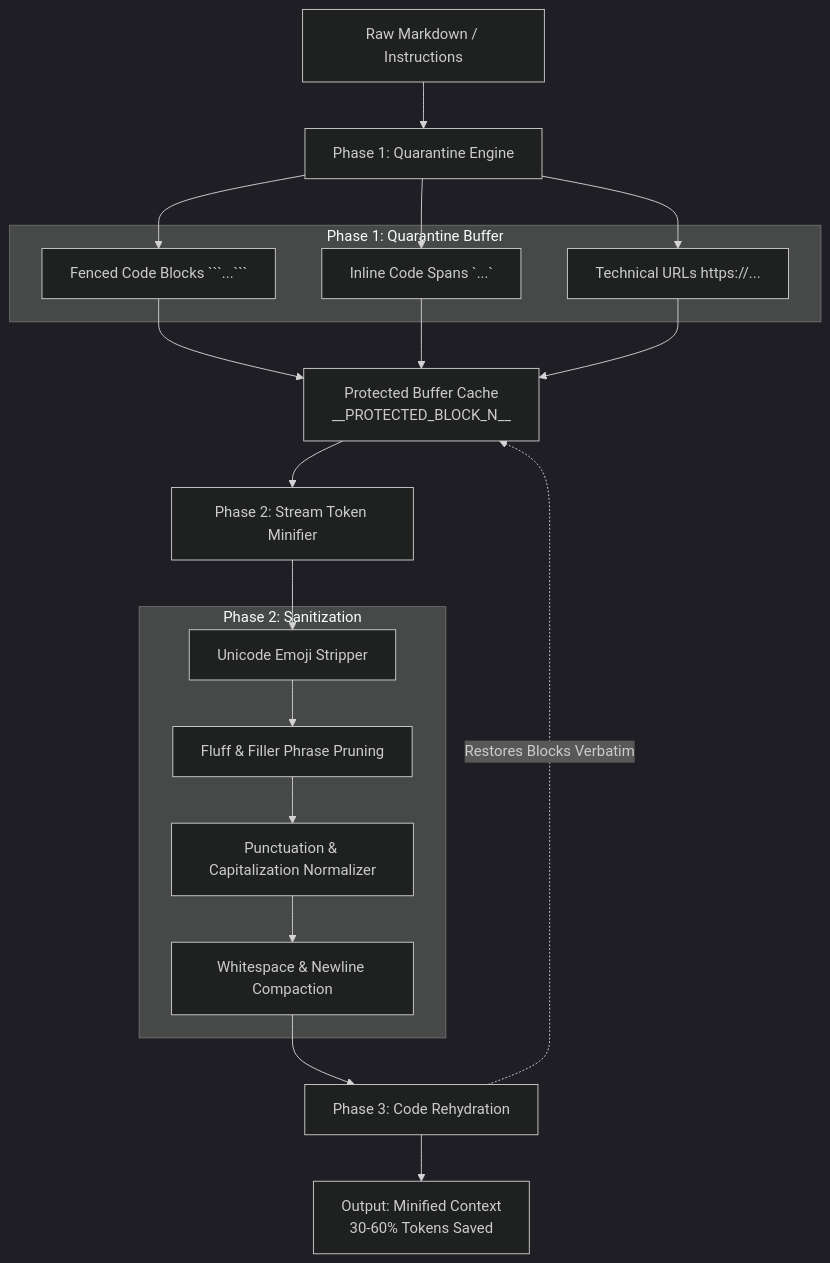
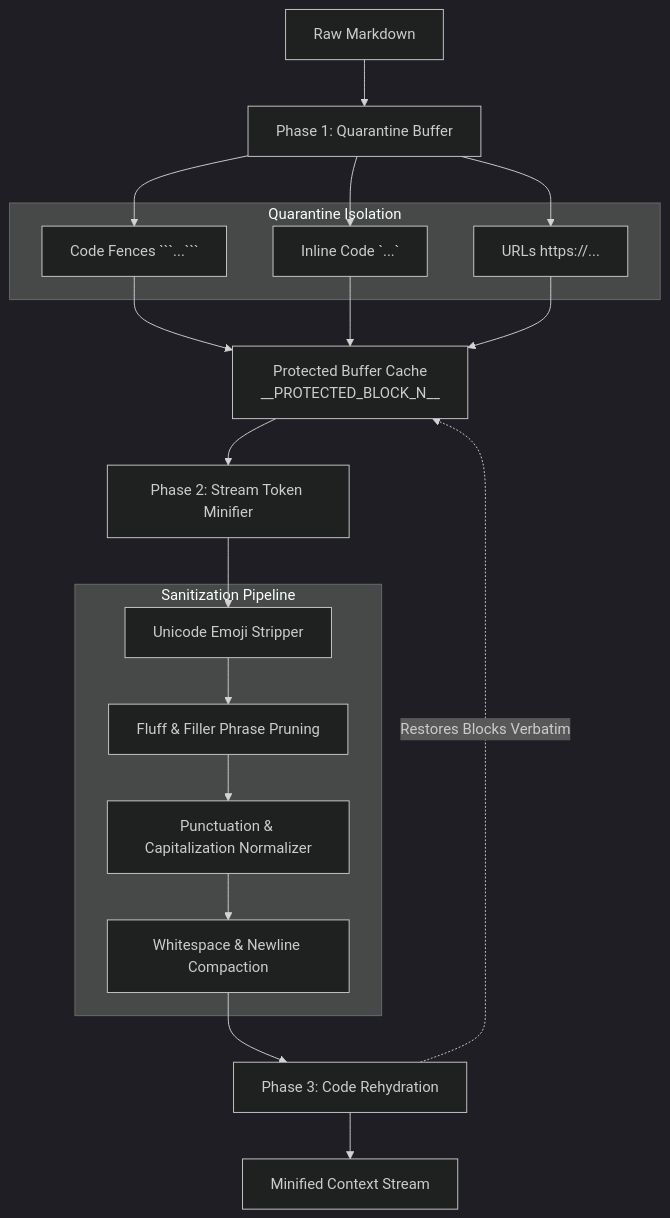
The third of 4 diagrams in docs/ARCHITECTURE.md (Dhani078/context-lean), drawn with Mermaid (dark theme) before and after one commit. The commit also changed other lines of this file and 5 other files, not shown here.

Commit message:
docs: add C4 architecture model, data flow, security model, token density analysis, and latency impact study

````diff
--- a/docs/ARCHITECTURE.md
+++ b/docs/ARCHITECTURE.md
@@ -7,36 +37,36 @@
 ```mermaid
 flowchart TD
-    A[Raw Markdown / Instructions] --> B[Phase 1: Quarantine Engine]
+    Input[Raw Markdown] --> Stage1[Phase 1: Quarantine Buffer]
     
-    subgraph Phase 1: Quarantine Buffer
-        B1[Fenced Code Blocks ```...```]
-        B2[Inline Code Spans `...`]
-        B3[Technical URLs https://...]
+    subgraph Quarantine Isolation
+        S1[Code Fences ```...```]
+        S2[Inline Code `...`]
+        S3[URLs https://...]
     end
     
-    B --> B1
-    B --> B2
-    B --> B3
+    Stage1 --> S1
+    Stage1 --> S2
+    Stage1 --> S3
     
-    B1 --> C[Protected Buffer Cache<br/>__PROTECTED_BLOCK_N__]
-    B2 --> C
-    B3 --> C
+    S1 --> Cache[Protected Buffer Cache<br/>__PROTECTED_BLOCK_N__]
+    S2 --> Cache
+    S3 --> Cache
     
-    C --> D[Phase 2: Stream Token Minifier]
+    Cache --> Stage2[Phase 2: Stream Token Minifier]
     
-    subgraph Phase 2: Sanitization
-        D1[Unicode Emoji Stripper]
-        D2[Fluff & Filler Phrase Pruning]
-        D3[Punctuation & Capitalization Normalizer]
-        D4[Whitespace & Newline Compaction]
+    subgraph Sanitization Pipeline
+        T1[Unicode Emoji Stripper]
+        T2[Fluff & Filler Phrase Pruning]
+        T3[Punctuation & Capitalization Normalizer]
+        T4[Whitespace & Newline Compaction]
     end
     
-    D --> D1
-    D1 --> D2
-    D2 --> D3
-    D3 --> D4
+    Stage2 --> T1
+    T1 --> T2
+    T2 --> T3
+    T3 --> T4
     
-    D4 --> E[Phase 3: Code Rehydration]
-    E -. Restores Blocks Verbatim .-> C
-    E --> F[Output: Minified Context<br/>30-60% Tokens Saved]
+    T4 --> Stage3[Phase 3: Code Rehydration]
+    Stage3 -. Restores Blocks Verbatim .-> Cache
+    Stage3 --> FinalOutput[Minified Context Stream]
 ```
````
